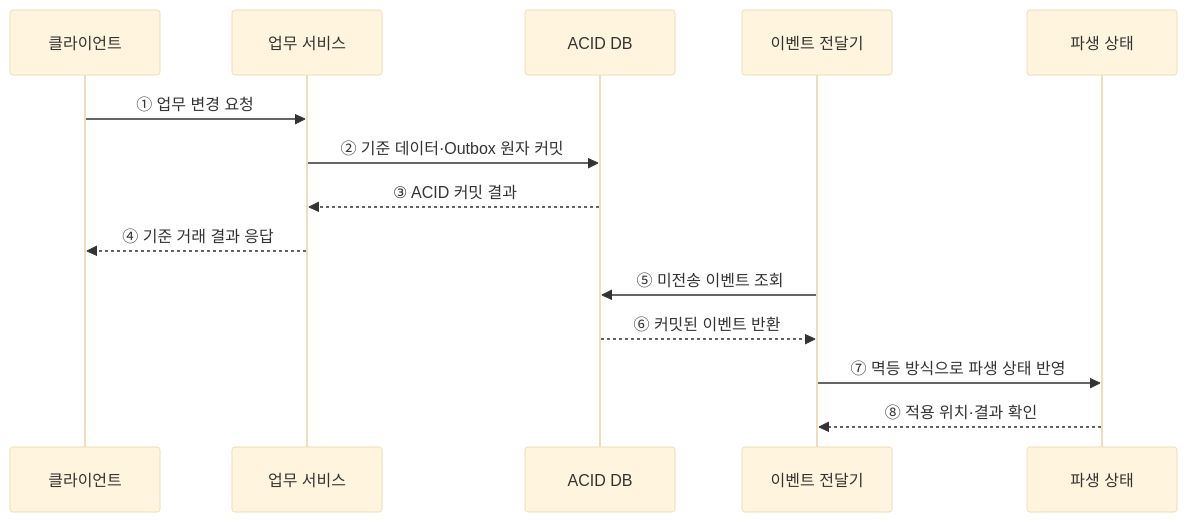
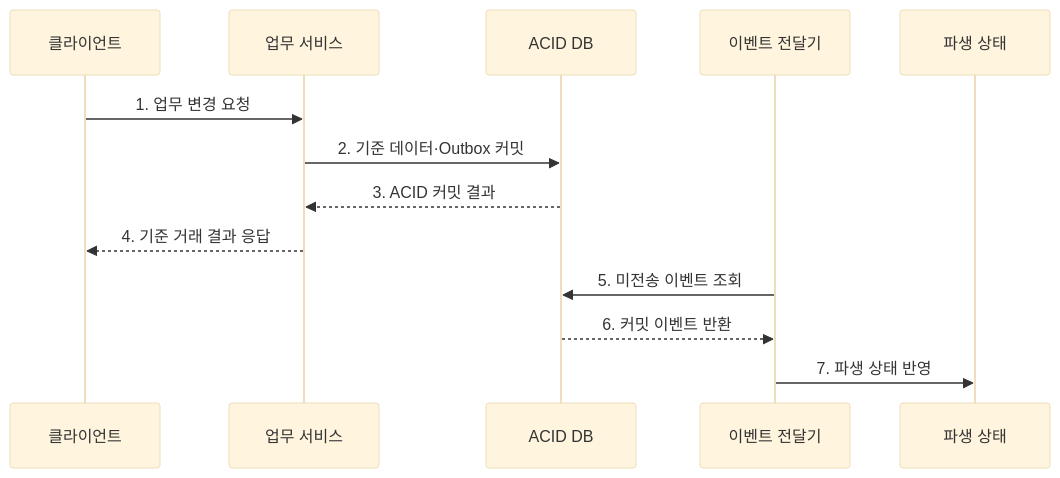
One commit to agnusdei1207/knowledge-base changed the second of 2 diagrams in src/content/docs/notes/03-software/104_base_vs_acid.md. Above: the diagram before and after it, drawn with Mermaid (base theme). The commit also changed other lines of this file and 20 other files, not shown here.

````diff
--- a/src/content/docs/notes/03-software/104_base_vs_acid.md
+++ b/src/content/docs/notes/03-software/104_base_vs_acid.md
@@ -69,16 +76,15 @@
 ```mermaid
 sequenceDiagram
     participant C as 클라이언트
     participant S as 업무 서비스
     participant DB as ACID DB
     participant E as 이벤트 전달기
     participant V as 파생 상태
-    C->>S: ① 업무 변경 요청
-    S->>DB: ② 기준 데이터·Outbox 원자 커밋
-    DB-->>S: ③ ACID 커밋 결과
-    S-->>C: ④ 기준 거래 결과 응답
-    E->>DB: ⑤ 미전송 이벤트 조회
-    DB-->>E: ⑥ 커밋된 이벤트 반환
-    E->>V: ⑦ 멱등 방식으로 파생 상태 반영
-    V-->>E: ⑧ 적용 위치·결과 확인
+    C->>S: 1. 업무 변경 요청
+    S->>DB: 2. 기준 데이터·Outbox 커밋
+    DB-->>S: 3. ACID 커밋 결과
+    S-->>C: 4. 기준 거래 결과 응답
+    E->>DB: 5. 미전송 이벤트 조회
+    DB-->>E: 6. 커밋 이벤트 반환
+    E->>V: 7. 파생 상태 반영
 ```
````
